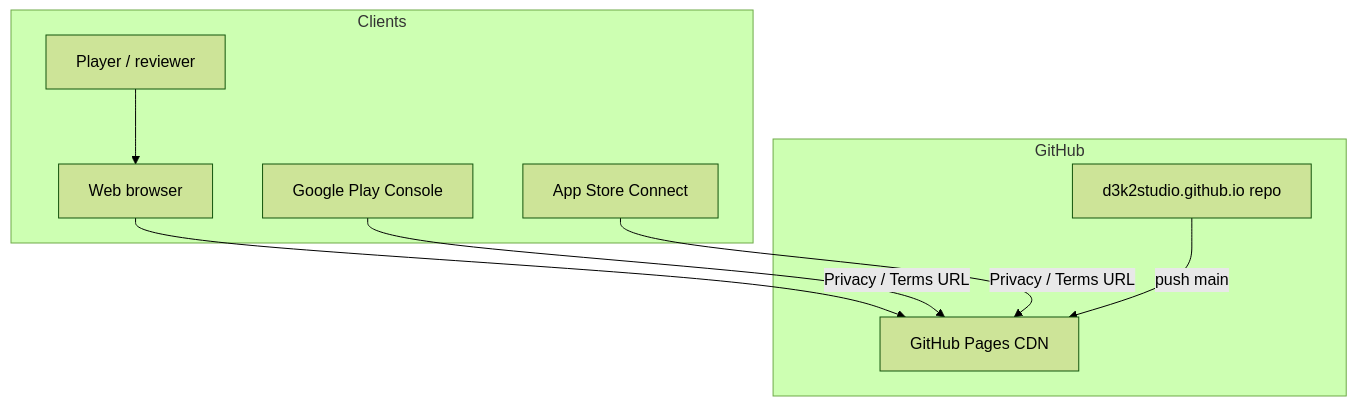
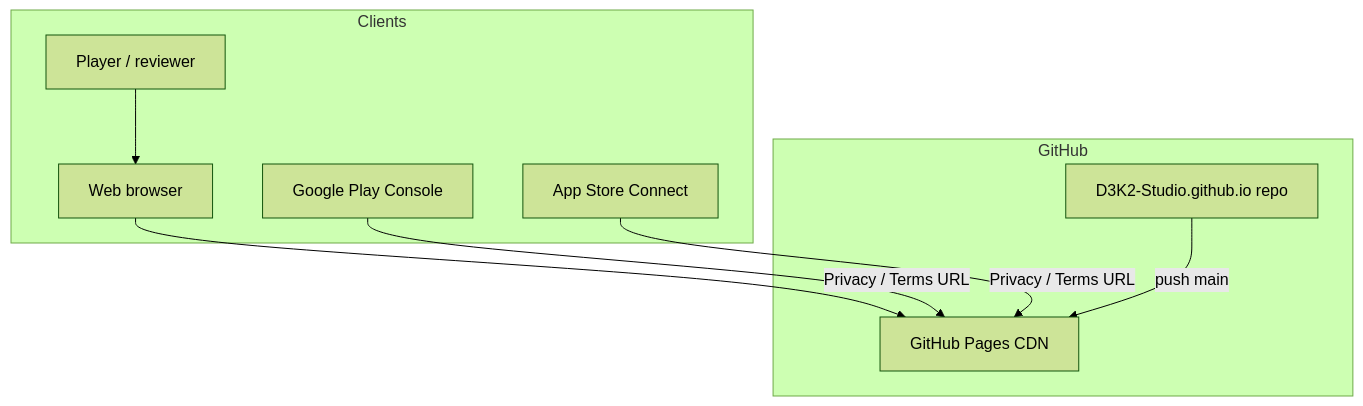
The first of 3 diagrams in docs/ARCHITECTURE.md (D3K2-Studio/d3k2-studio.github.io), drawn with Mermaid (forest theme) before and after one commit. The commit also changed 7 other files, not shown here.

Commit message:
Update URL d3k2studio.github.io -> D3K2-Studio.github.io (#1)

````diff
--- a/docs/ARCHITECTURE.md
+++ b/docs/ARCHITECTURE.md
@@ -5,20 +5,20 @@
 ```mermaid
 flowchart TB
   subgraph clients [Clients]
     Browser[Web browser]
     PlayStore[Google Play Console]
     AppStore[App Store Connect]
     Player[Player / reviewer]
   end
 
   subgraph github [GitHub]
-    Repo[d3k2studio.github.io repo]
+    Repo[D3K2-Studio.github.io repo]
     Pages[GitHub Pages CDN]
   end
 
   Browser --> Pages
   Player --> Browser
   PlayStore -->|"Privacy / Terms URL"| Pages
   AppStore -->|"Privacy / Terms URL"| Pages
   Repo -->|"push main"| Pages
 ```
````
